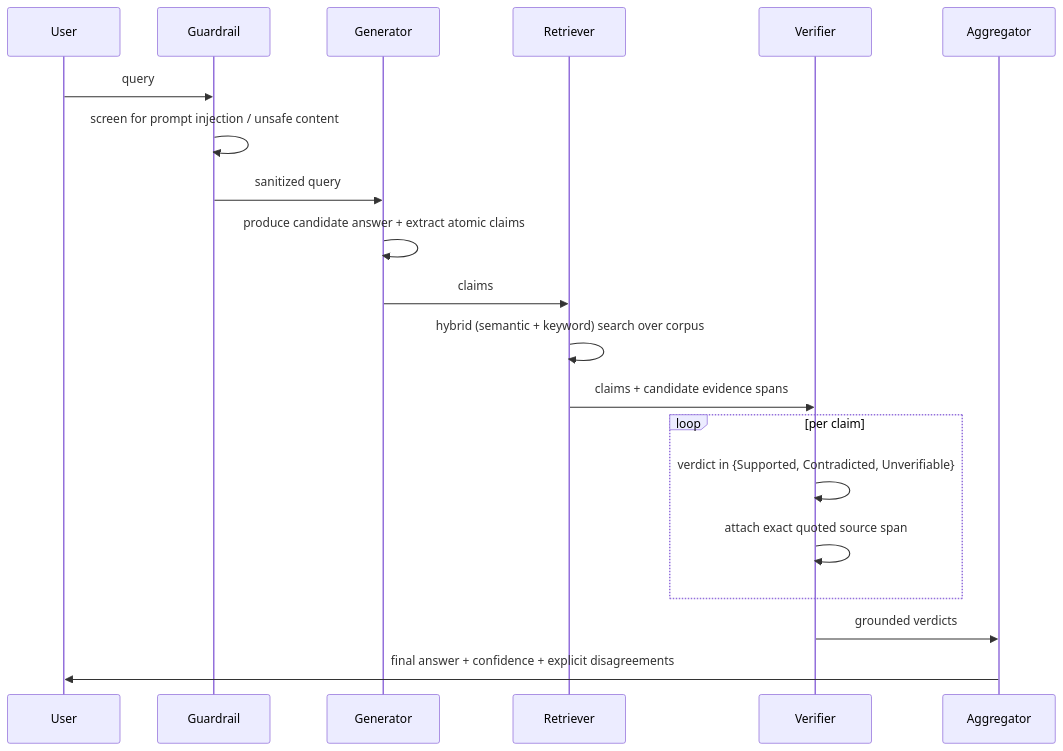
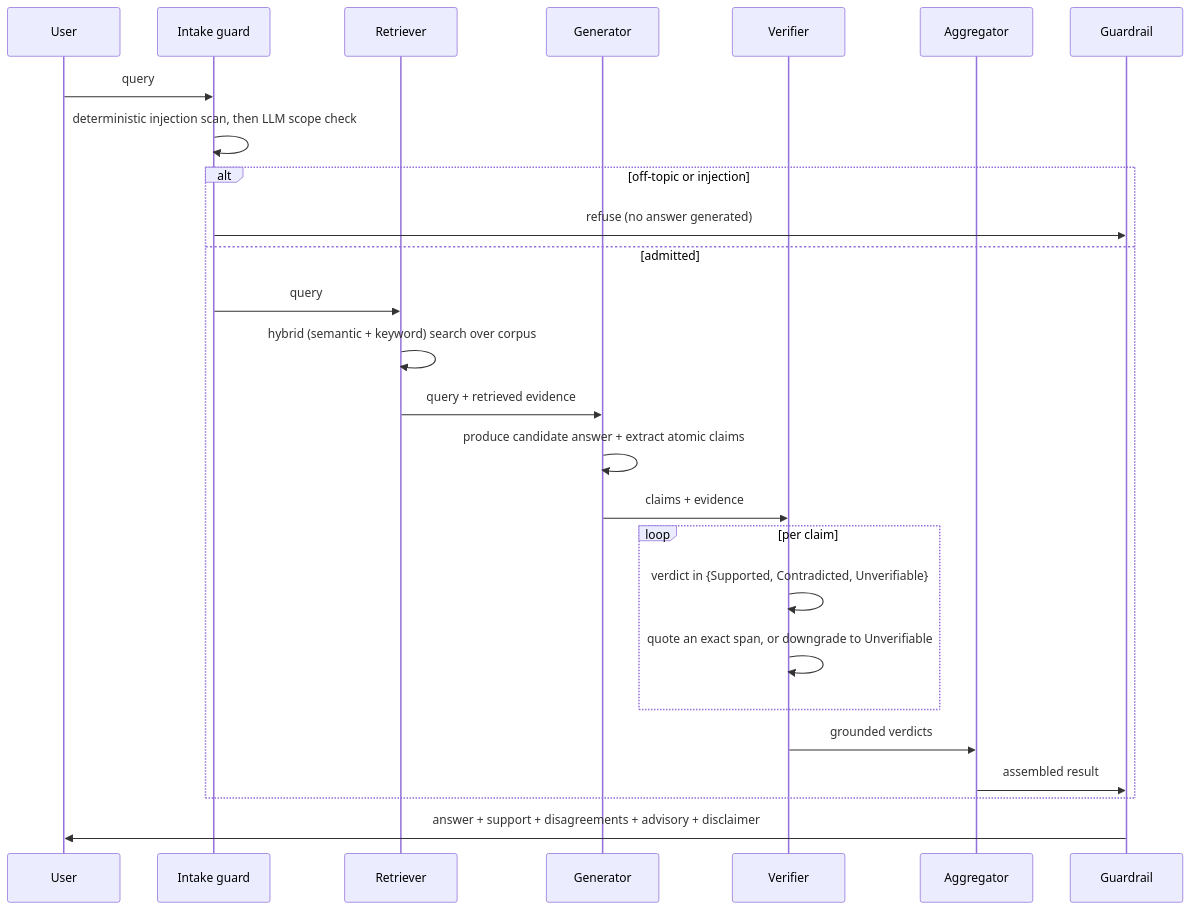
The second of 2 diagrams in ARCHITECTURE.md (jaygautam-creator/Aletheia), drawn with Mermaid before and after one commit. The commit also changed other lines of this file and 5 other files, not shown here.

````diff
--- a/ARCHITECTURE.md
+++ b/ARCHITECTURE.md
@@ -60,23 +72,29 @@
 ```mermaid
 sequenceDiagram
     participant U as User
-    participant G as Guardrail
+    participant In as Intake guard
+    participant Ret as Retriever
     participant Gen as Generator
-    participant Ret as Retriever
     participant Ver as Verifier
     participant Agg as Aggregator
+    participant Gd as Guardrail
 
-    U->>G: query
-    G->>G: screen for prompt injection / unsafe content
-    G->>Gen: sanitized query
-    Gen->>Gen: produce candidate answer + extract atomic claims
-    Gen->>Ret: claims
-    Ret->>Ret: hybrid (semantic + keyword) search over corpus
-    Ret->>Ver: claims + candidate evidence spans
-    loop per claim
-        Ver->>Ver: verdict in {Supported, Contradicted, Unverifiable}
-        Ver->>Ver: attach exact quoted source span
+    U->>In: query
+    In->>In: deterministic injection scan, then LLM scope check
+    alt off-topic or injection
+        In->>Gd: refuse (no answer generated)
+    else admitted
+        In->>Ret: query
+        Ret->>Ret: hybrid (semantic + keyword) search over corpus
+        Ret->>Gen: query + retrieved evidence
+        Gen->>Gen: produce candidate answer + extract atomic claims
+        Gen->>Ver: claims + evidence
+        loop per claim
+            Ver->>Ver: verdict in {Supported, Contradicted, Unverifiable}
+            Ver->>Ver: quote an exact span, or downgrade to Unverifiable
+        end
+        Ver->>Agg: grounded verdicts
+        Agg->>Gd: assembled result
     end
-    Ver->>Agg: grounded verdicts
-    Agg->>U: final answer + confidence + explicit disagreements
+    Gd->>U: answer + support + disagreements + advisory + disclaimer
 ```
````
